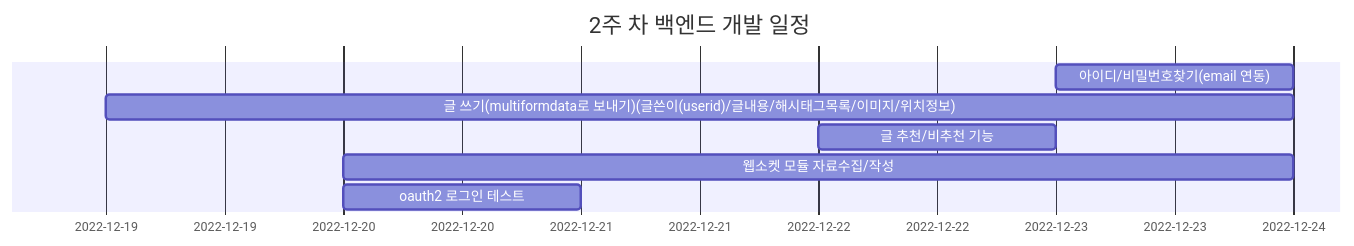
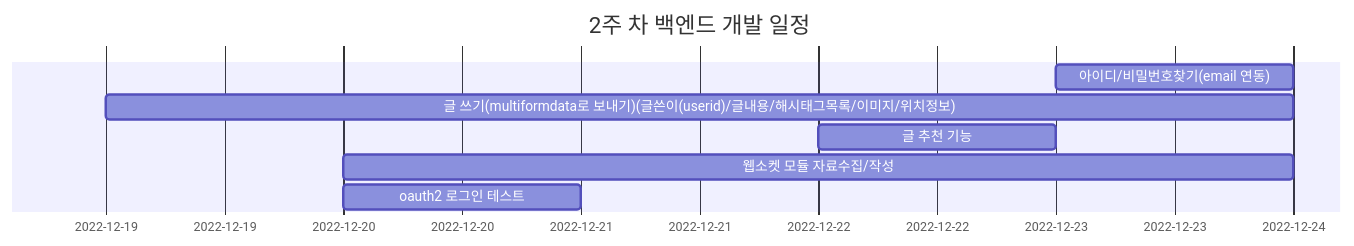
The first of 2 diagrams in profile/README.md (TEAM-ACO/.github), drawn with Mermaid before and after one commit.

````diff
--- a/profile/README.md
+++ b/profile/README.md
@@ -1,11 +1,11 @@
 ```mermaid
 gantt
     title 2주 차 백엔드 개발 일정
     dateFormat  YYYY-MM-DD
     
     아이디/비밀번호찾기(email 연동)           :a1,  2022-12-23, 1d
     글 쓰기(multiformdata로 보내기)(글쓴이(userid)/글내용/해시태그목록/이미지/위치정보) : a1, 2022-12-19, 5d
-    글 추천/비추천 기능 : a1, 2022-12-22, 1d
+    글 추천 기능 : a1, 2022-12-22, 1d
     웹소켓 모듈 자료수집/작성: a1, 2022-12-20, 4d
     oauth2 로그인 테스트 :a1, 2022-12-20, 1d
 ```    
````
